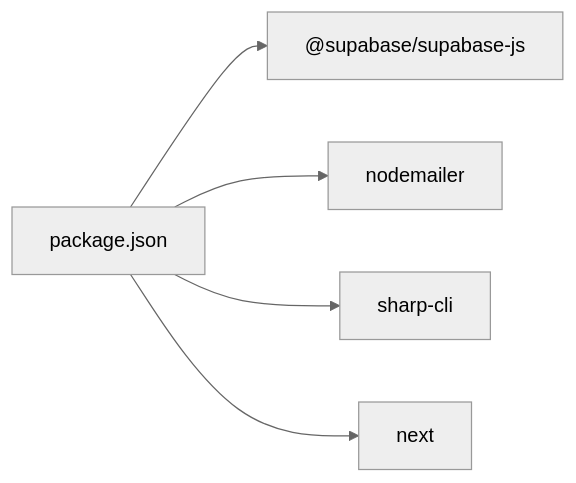
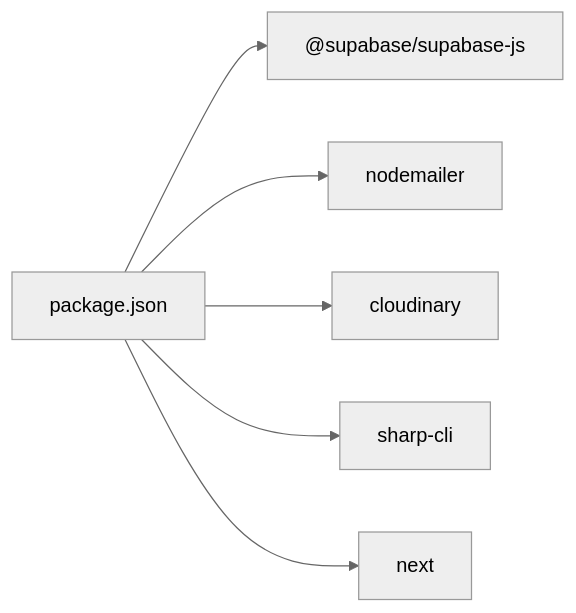
Before and after one commit to Black-box01/rhemaexpertsolutions: the eighth of 8 diagrams in .qoder/repowiki/en/content/Application Architecture/Integration Patterns.md, drawn with Mermaid (neutral theme). The commit also changed other lines of this file and 37 other files, not shown here.

````diff
--- a/.qoder/repowiki/en/content/Application Architecture/Integration Patterns.md
+++ b/.qoder/repowiki/en/content/Application Architecture/Integration Patterns.md
@@ -369,7 +451,8 @@
 ```mermaid
 graph LR
 P["package.json"] --> S["@supabase/supabase-js"]
 P --> N["nodemailer"]
+P --> C["cloudinary"]
 P --> SH["sharp-cli"]
 P --> NX["next"]
 ```
````
